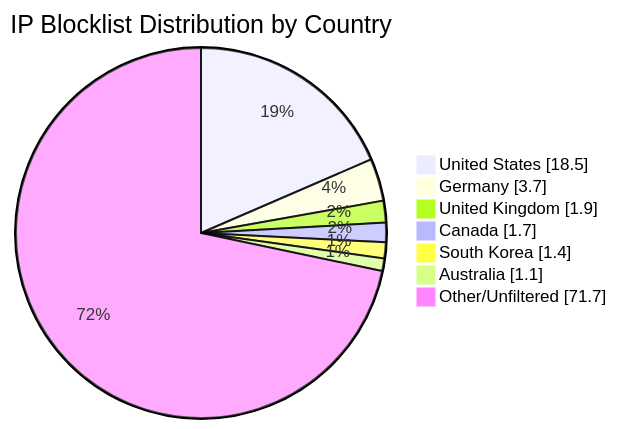
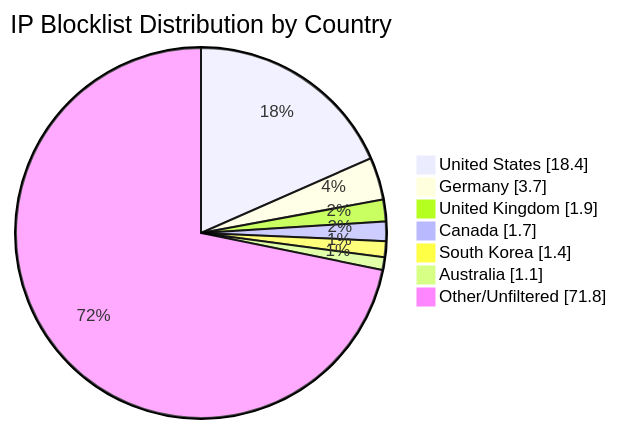
Before and after one commit to MarcusHoltz/ipblocklist-geofiltered-aggregator: the diagram in README.md, drawn with Mermaid. The commit also changed other lines of this file and 9 other files, not shown here.

````diff
--- a/README.md
+++ b/README.md
@@ -34,10 +34,10 @@
 ```mermaid
 pie showData title IP Blocklist Distribution by Country
-"United States" : 18.5
+"United States" : 18.4
 "Germany" : 3.7
 "United Kingdom" : 1.9
 "Canada" : 1.7
 "South Korea" : 1.4
 "Australia" : 1.1
-"Other/Unfiltered" : 71.7
+"Other/Unfiltered" : 71.8
 ```
````
